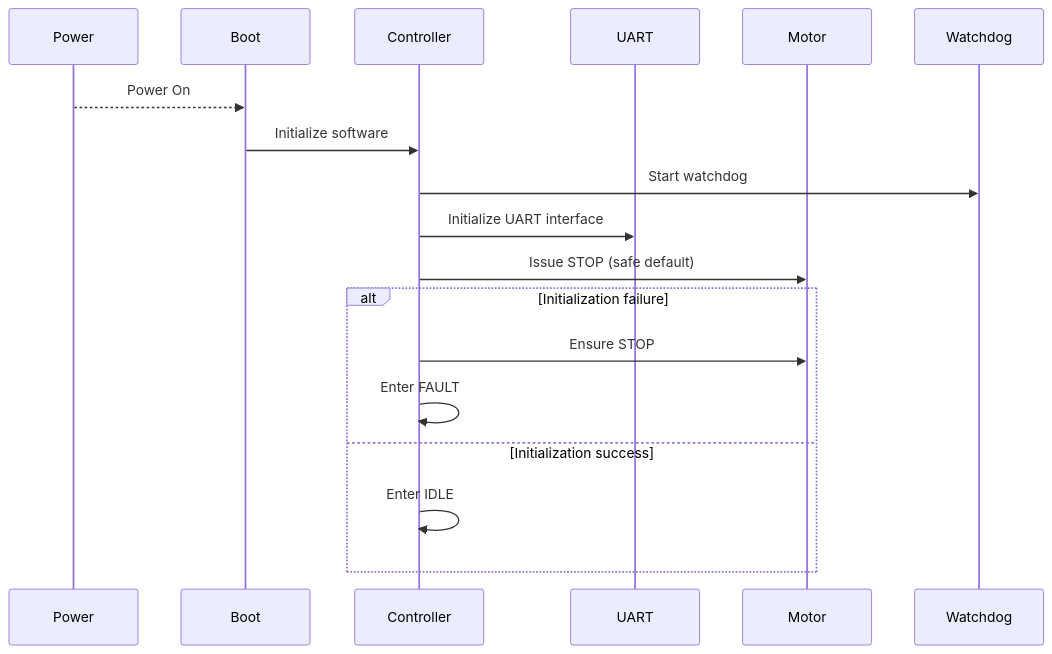
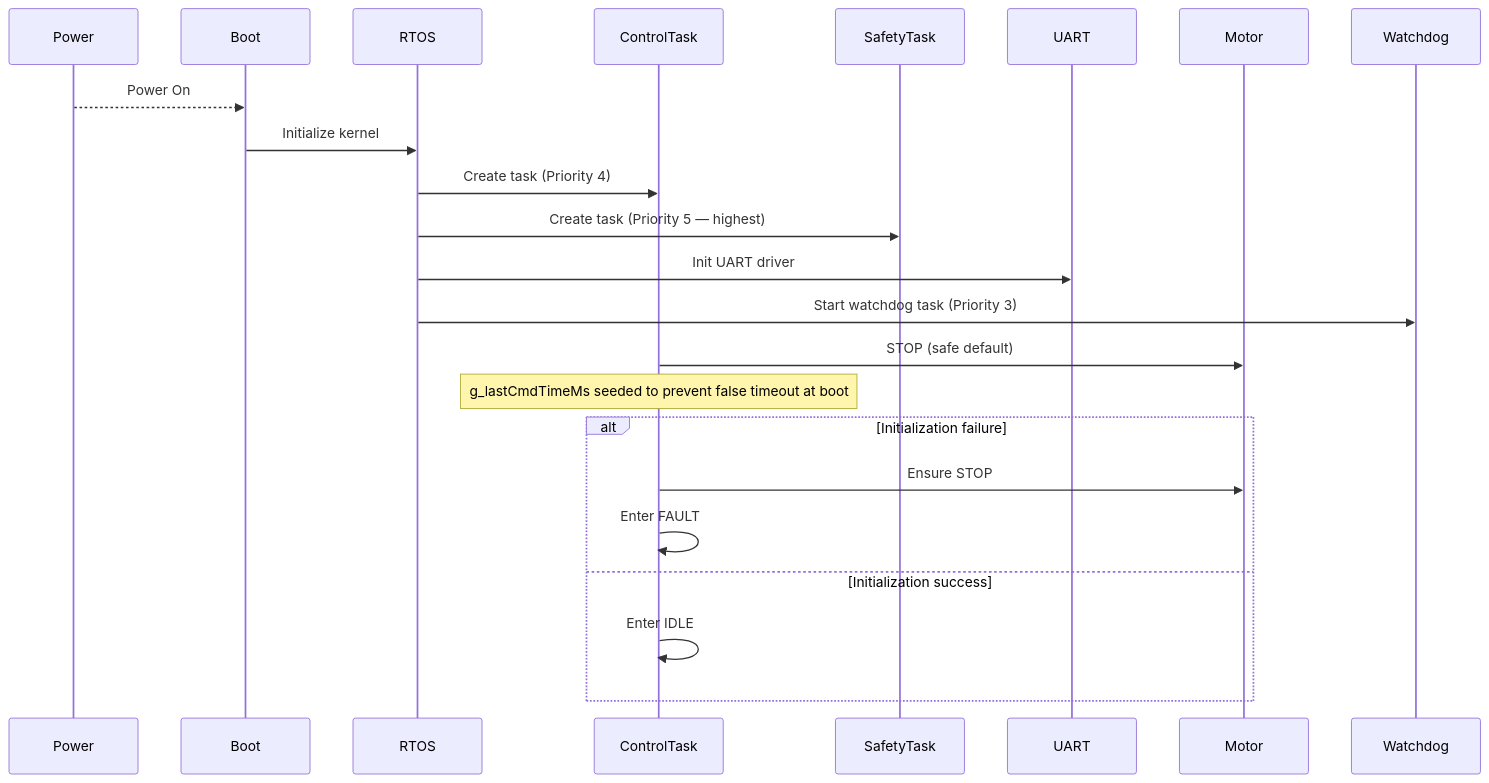
The first of 8 diagrams in docs/sections/sdlc-traceability.md (csg523/project-p7-elevator-door), drawn with Mermaid before and after one commit. The commit also changed other lines of this file and 3 other files, not shown here.

````diff
--- a/docs/sections/sdlc-traceability.md
+++ b/docs/sections/sdlc-traceability.md
@@ -4,23 +9,27 @@
 ```mermaid
 sequenceDiagram
     participant Power
     participant Boot
-    participant Controller
+    participant RTOS
+    participant ControlTask
+    participant SafetyTask
     participant UART
     participant Motor
     participant Watchdog
 
     Power-->>Boot: Power On
-    Boot->>Controller: Initialize software
-    Controller->>Watchdog: Start watchdog
-    Controller->>UART: Initialize UART interface
-    Controller->>Motor: Issue STOP (safe default)
+    Boot->>RTOS: Initialize kernel
+    RTOS->>ControlTask: Create task (Priority 4)
+    RTOS->>SafetyTask: Create task (Priority 5 — highest)
+    RTOS->>UART: Init UART driver
+    RTOS->>Watchdog: Start watchdog task (Priority 3)
+    ControlTask->>Motor: STOP (safe default)
+    Note over ControlTask: g_lastCmdTimeMs seeded to prevent false timeout at boot
 
     alt Initialization failure
-        Controller->>Motor: Ensure STOP
-        Controller->>Controller: Enter FAULT
+        ControlTask->>Motor: Ensure STOP
+        ControlTask->>ControlTask: Enter FAULT
     else Initialization success
-        Controller->>Controller: Enter IDLE
+        ControlTask->>ControlTask: Enter IDLE
     end
-
 ```
````
